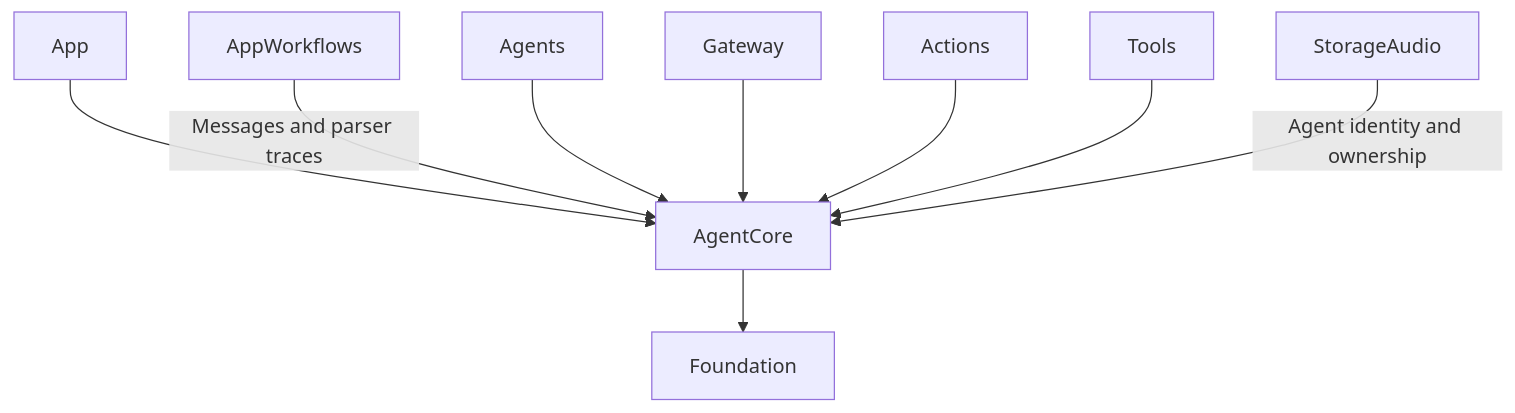
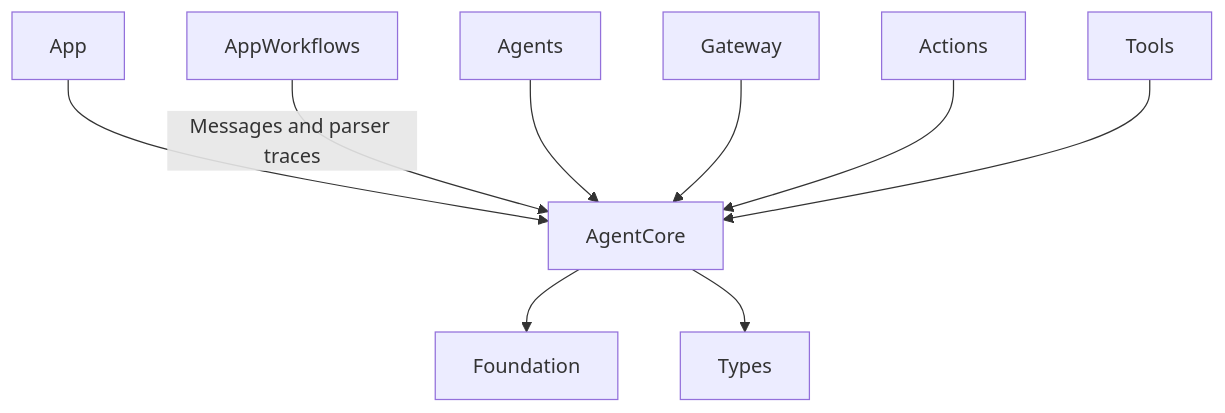
The first of 2 diagrams in MobileHarness/Agents/Core/README.md (devilyouwei/MobileHarness), drawn with Mermaid before and after one commit. The commit also changed other lines of this file and 115 other files, not shown here.

Commit message:
Separate AgentCore framework contracts from business policy

````diff
--- a/MobileHarness/Agents/Core/README.md
+++ b/MobileHarness/Agents/Core/README.md
@@ -24,11 +24,11 @@
 ```mermaid
 flowchart TD
     App --> AgentCore
     AppWorkflows -->|Messages and parser traces| AgentCore
     Agents --> AgentCore
     Gateway --> AgentCore
     Actions --> AgentCore
     Tools --> AgentCore
-    StorageAudio -->|Agent identity and ownership| AgentCore
     AgentCore --> Foundation
+    AgentCore --> Types
 ```
````
